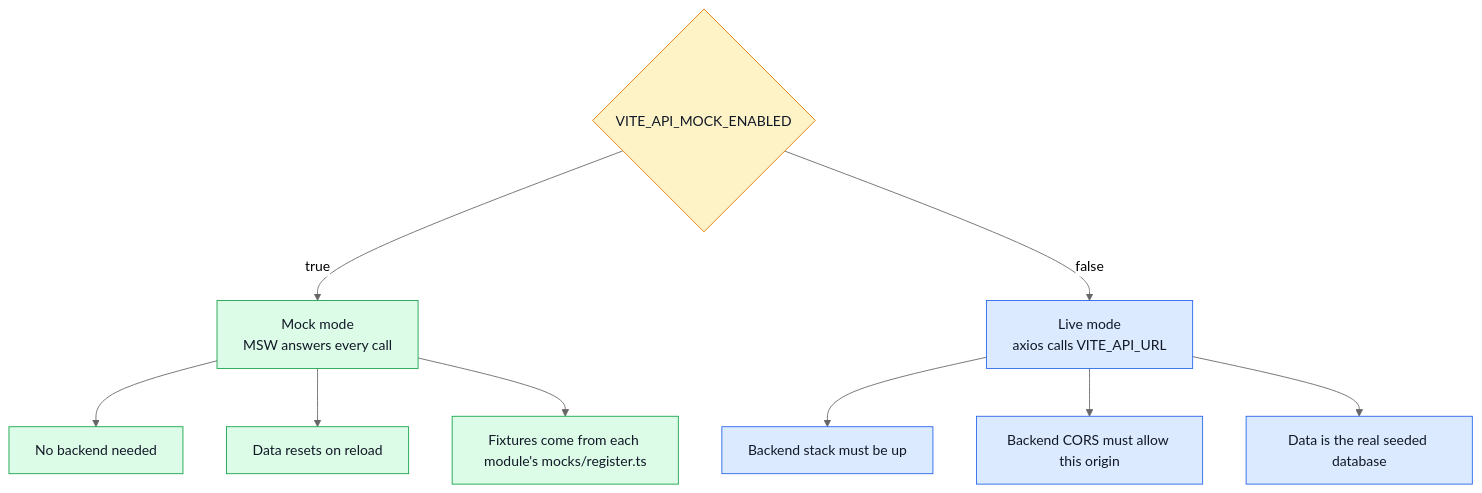
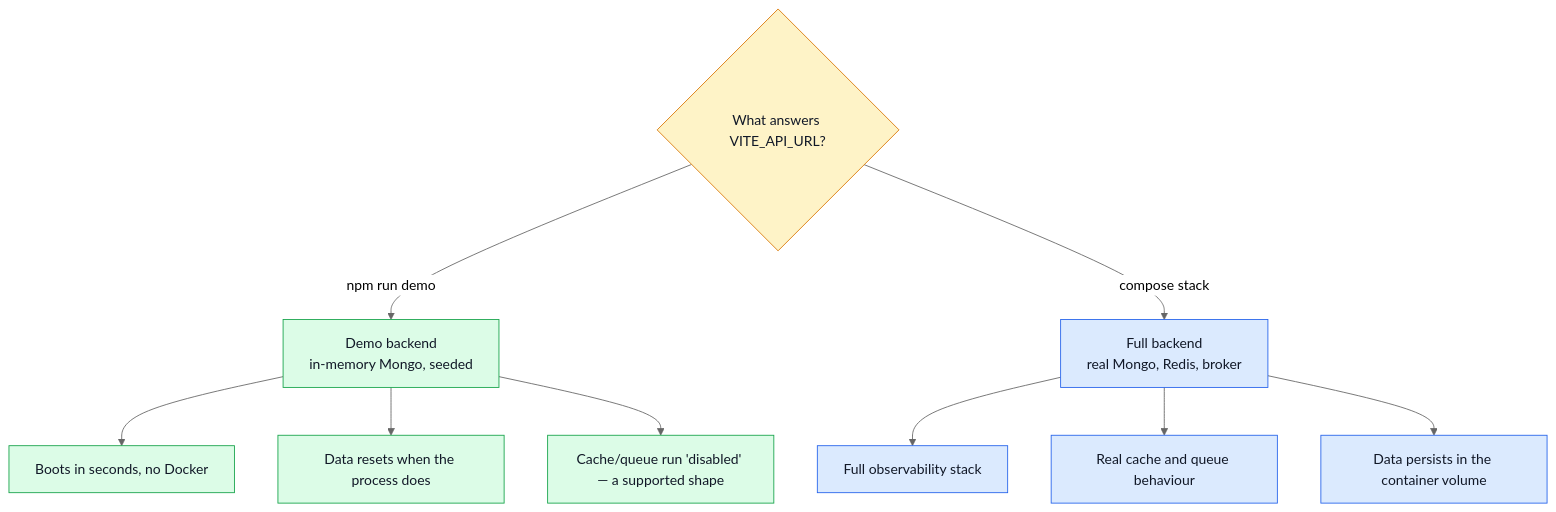
The diagram in docs/getting-started.md (Guebbit/boilerplate-vue-frontend), drawn with Mermaid (neutral theme) before and after one commit. The commit also changed other lines of this file and 104 other files, not shown here.

````diff
--- a/docs/getting-started.md
+++ b/docs/getting-started.md
@@ -14,22 +14,22 @@
 ```mermaid
 %%{init: {'flowchart': {'nodeSpacing': 50, 'rankSpacing': 55}}}%%
 flowchart TD
-    Q{"VITE_API_MOCK_ENABLED"}
-    Q -->|true| M["Mock mode<br/>MSW answers every call"]
-    Q -->|false| R["Live mode<br/>axios calls VITE_API_URL"]
+    Q{"What answers VITE_API_URL?"}
+    Q -->|npm run demo| M["Demo backend<br/>in-memory Mongo, seeded"]
+    Q -->|compose stack| R["Full backend<br/>real Mongo, Redis, broker"]
 
-    M --> M1["No backend needed"]
-    M --> M2["Data resets on reload"]
-    M --> M3["Fixtures come from each module's mocks/register.ts"]
+    M --> M1["Boots in seconds, no Docker"]
+    M --> M2["Data resets when the process does"]
+    M --> M3["Cache/queue run 'disabled' — a supported shape"]
 
-    R --> R1["Backend stack must be up"]
-    R --> R2["Backend CORS must allow this origin"]
-    R --> R3["Data is the real seeded database"]
+    R --> R1["Full observability stack"]
+    R --> R2["Real cache and queue behaviour"]
+    R --> R3["Data persists in the container volume"]
 
     classDef q fill:#fef3c7,stroke:#d97706,color:#111827;
     classDef mock fill:#dcfce7,stroke:#16a34a,color:#111827;
     classDef live fill:#dbeafe,stroke:#2563eb,color:#111827;
     class Q q;
     class M,M1,M2,M3 mock;
     class R,R1,R2,R3 live;
 ```
````
